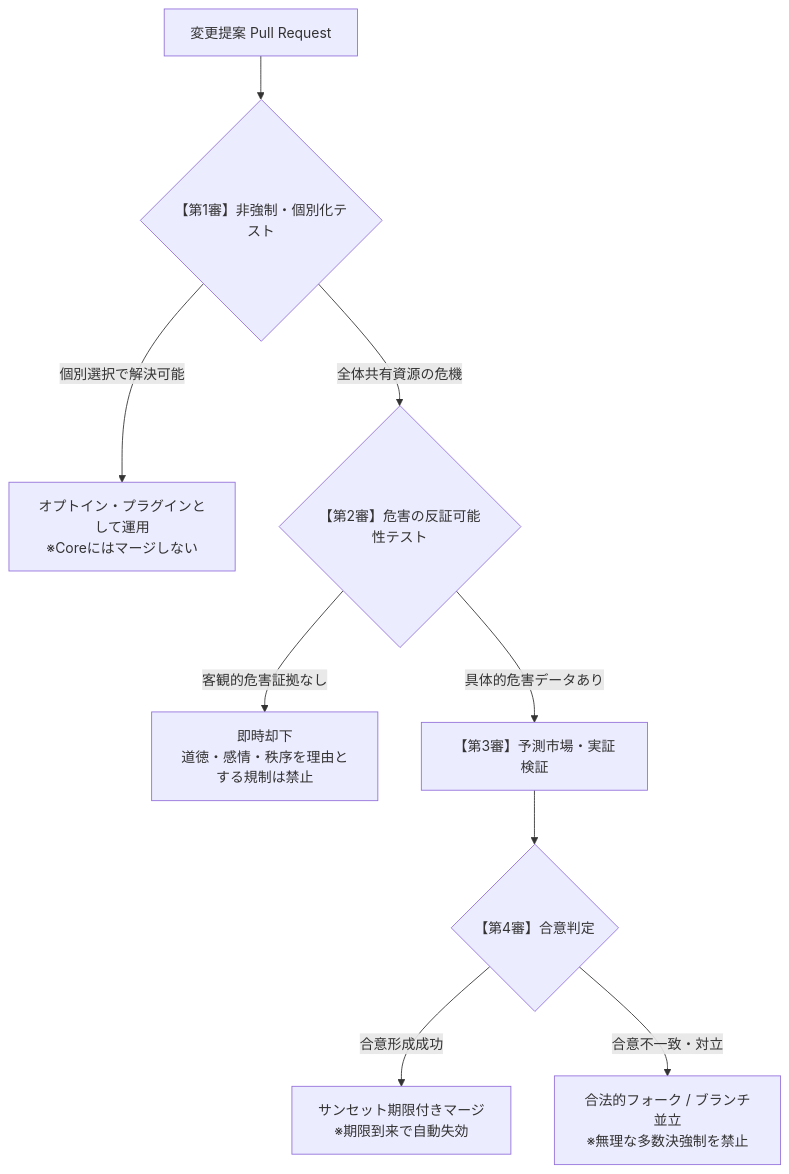
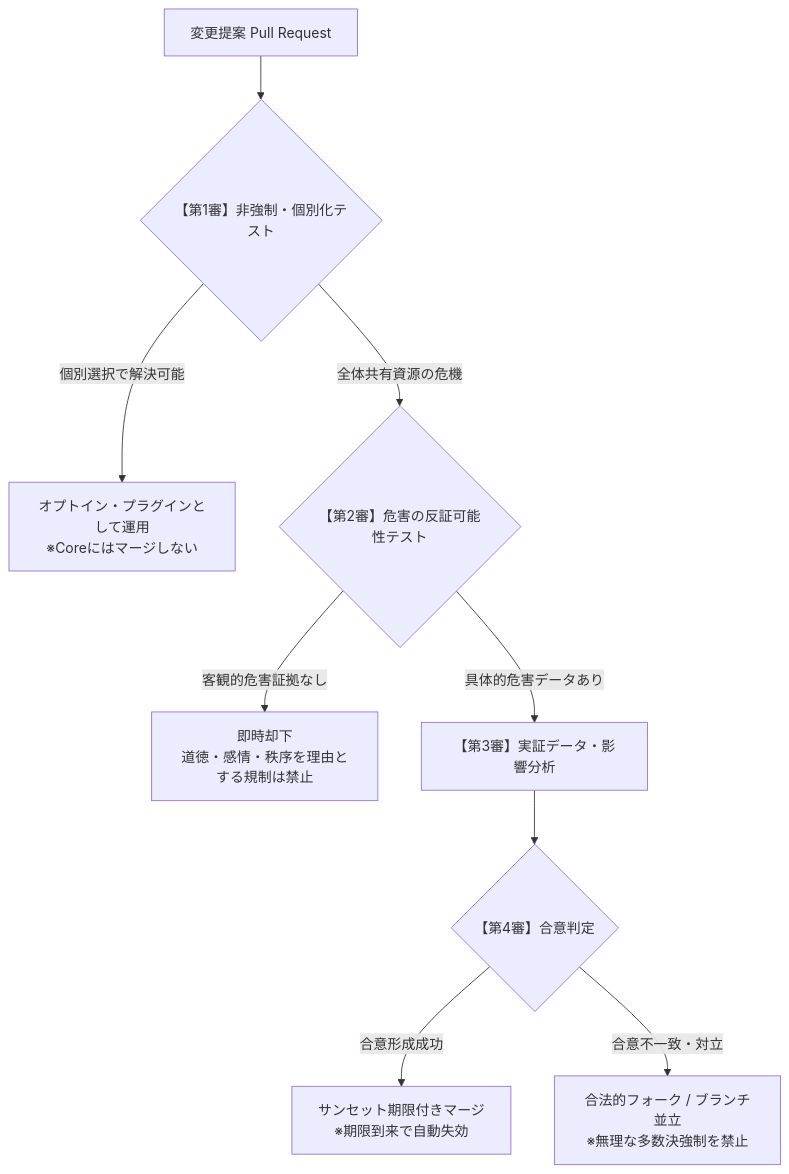
Before and after one commit to biones/univgov: the diagram in SPACE_LAW_MERGE_PROTOCOL.md, drawn with Mermaid. The commit also changed other lines of this file and 55 other files, not shown here.

````diff
--- a/SPACE_LAW_MERGE_PROTOCOL.md
+++ b/SPACE_LAW_MERGE_PROTOCOL.md
@@ -28,13 +27,13 @@
 ```mermaid
 graph TD
     PR[変更提案 Pull Request] --> STEP1{【第1審】非強制・個別化テスト}
     STEP1 -->|個別選択で解決可能| OPT[オプトイン・プラグインとして運用<br>※Coreにはマージしない]
     STEP1 -->|全体共有資源の危機| STEP2{【第2審】危害の反証可能性テスト}
     
     STEP2 -->|客観的危害証拠なし| REJ[即時却下<br>道徳・感情・秩序を理由とする規制は禁止]
-    STEP2 -->|具体的危害データあり| STEP3[【第3審】予測市場・実証検証]
+    STEP2 -->|具体的危害データあり| STEP3[【第3審】実証データ・影響分析]
     
     STEP3 --> STEP4{【第4審】合意判定}
     STEP4 -->|合意形成成功| MERGE[サンセット期限付きマージ<br>※期限到来で自動失効]
     STEP4 -->|合意不一致・対立| FORK[合法的フォーク / ブランチ並立<br>※無理な多数決強制を禁止]
 ```
````
